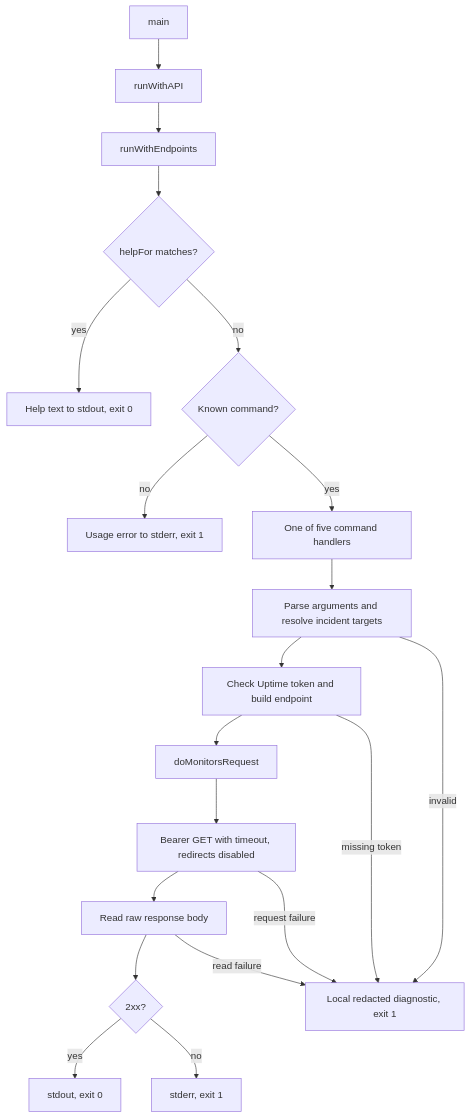
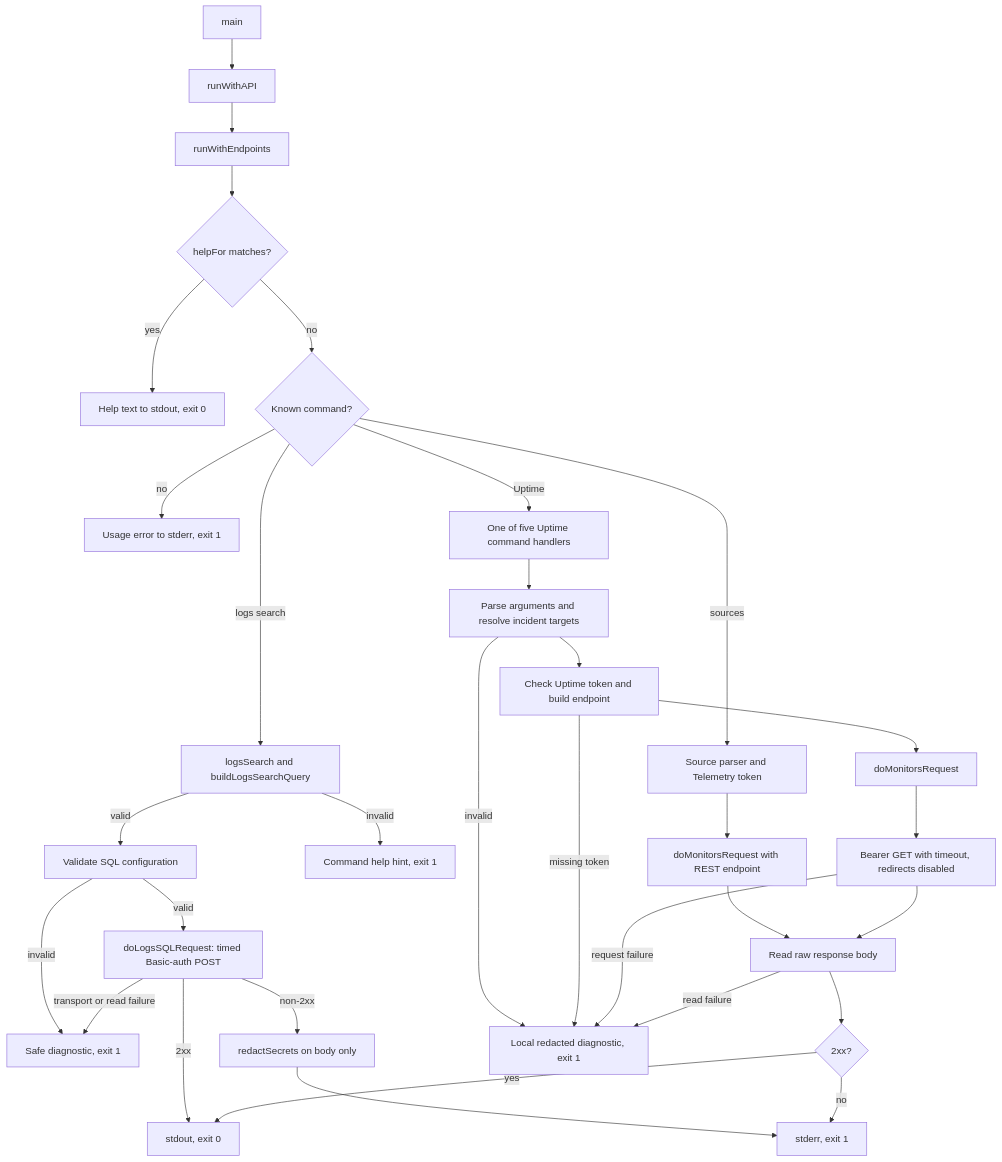
Before and after one commit to jrswab/betterstack-cli: the diagram in .mem/uptime/summary.md, drawn with Mermaid. The commit also changed other lines of this file and 11 other files, not shown here.

````diff
--- a/.mem/uptime/summary.md
+++ b/.mem/uptime/summary.md
@@ -5,22 +5,34 @@
 ```mermaid
 flowchart TD
     Main[main] --> Router[runWithAPI]
     Router --> Endpoints[runWithEndpoints]
     Endpoints --> Help{helpFor matches?}
     Help -->|yes| Text[Help text to stdout, exit 0]
     Help -->|no| Route{Known command?}
     Route -->|no| Usage[Usage error to stderr, exit 1]
-    Route -->|yes| Handler[One of five command handlers]
+    Route -->|Uptime| Handler[One of five Uptime command handlers]
+    Route -->|sources| Sources[Source parser and Telemetry token]
+    Sources --> REST[doMonitorsRequest with REST endpoint]
+    REST --> Body
+    Route -->|logs search| Logs[logsSearch and buildLogsSearchQuery]
+    Logs -->|invalid| SQLUsage[Command help hint, exit 1]
+    Logs -->|valid| SQLConfig[Validate SQL configuration]
+    SQLConfig -->|invalid| SQLLocal[Safe diagnostic, exit 1]
+    SQLConfig -->|valid| SQLPost[doLogsSQLRequest: timed Basic-auth POST]
+    SQLPost -->|2xx| Success
+    SQLPost -->|non-2xx| SQLRedact[redactSecrets on body only]
+    SQLRedact --> Failure
+    SQLPost -->|transport or read failure| SQLLocal
     Handler --> Validate[Parse arguments and resolve incident targets]
     Validate --> Credential[Check Uptime token and build endpoint]
     Credential --> Request[doMonitorsRequest]
     Request --> GET[Bearer GET with timeout, redirects disabled]
     GET --> Body[Read raw response body]
     Body --> Status{2xx?}
     Status -->|yes| Success[stdout, exit 0]
     Status -->|no| Failure[stderr, exit 1]
     Validate -->|invalid| Error[Local redacted diagnostic, exit 1]
     Credential -->|missing token| Error
     GET -->|request failure| Error
     Body -->|read failure| Error
 ```
````
